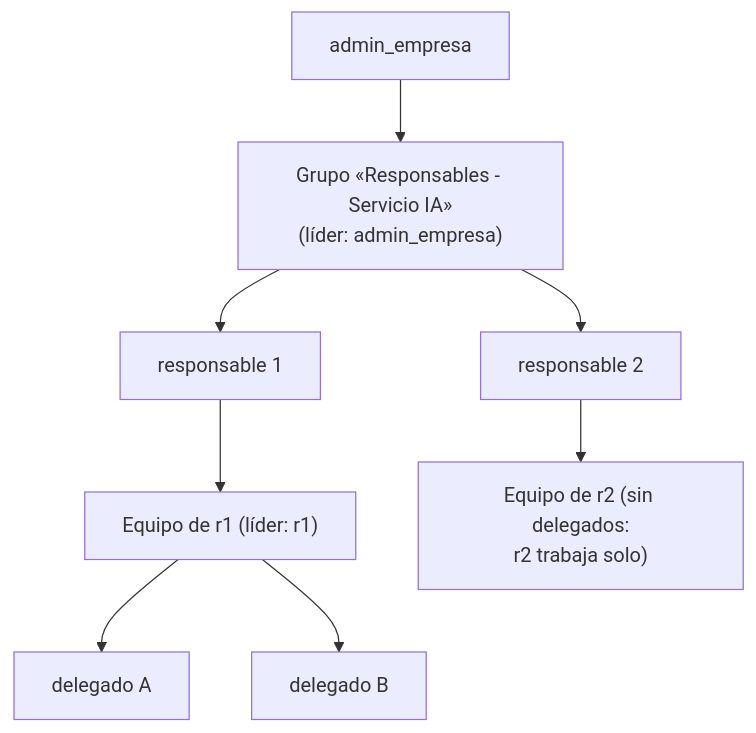
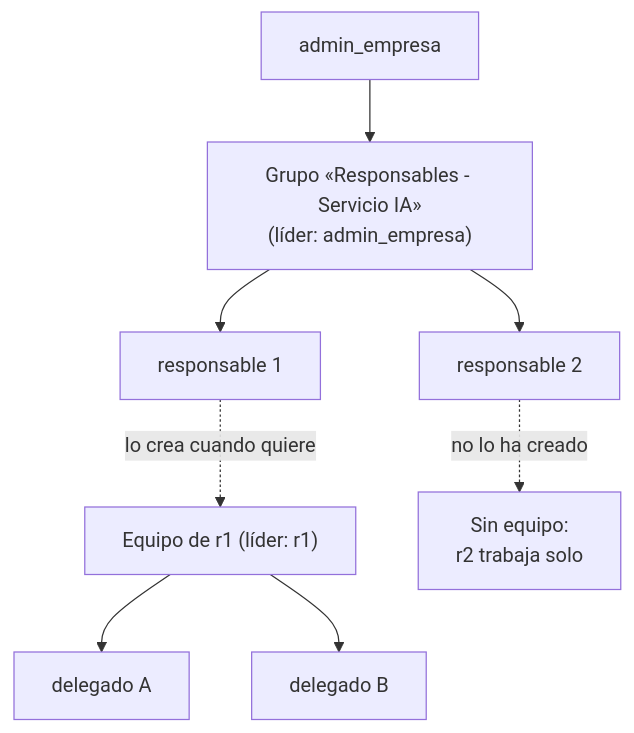
One commit to Monkey-GRC/Monkey-Brain-IA changed the diagram in skills/product/monkey-compliance-council/references/arquitectura/gestion-usuarios/02-modelo.md. Above: the diagram before and after it, drawn with Mermaid. The commit also changed other lines of this file and 9 other files, not shown here.

````diff
--- a/skills/product/monkey-compliance-council/references/arquitectura/gestion-usuarios/02-modelo.md
+++ b/skills/product/monkey-compliance-council/references/arquitectura/gestion-usuarios/02-modelo.md
@@ -9,10 +9,10 @@
 ```mermaid
 flowchart TD
     adm["admin_empresa"] --> g1["Grupo «Responsables - Servicio IA»<br/>(líder: admin_empresa)"]
     g1 --> r1["responsable 1"]
     g1 --> r2["responsable 2"]
-    r1 --> g2["Equipo de r1 (líder: r1)"]
+    r1 -. "lo crea cuando quiere" .-> g2["Equipo de r1 (líder: r1)"]
     g2 --> d1["delegado A"]
     g2 --> d2["delegado B"]
-    r2 --> g3["Equipo de r2 (sin delegados:<br/>r2 trabaja solo)"]
+    r2 -. "no lo ha creado" .-> g3["Sin equipo:<br/>r2 trabaja solo"]
 ```
````
